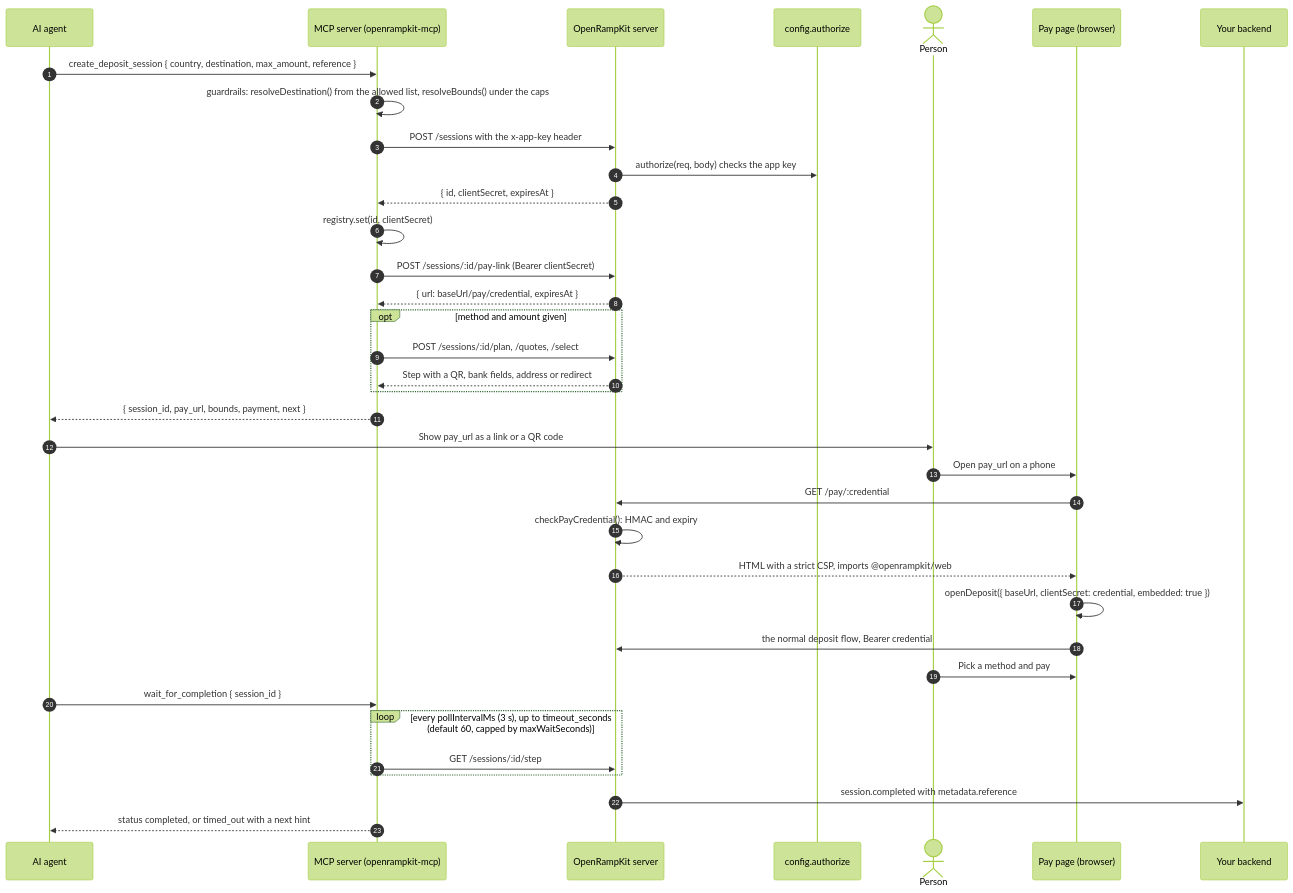
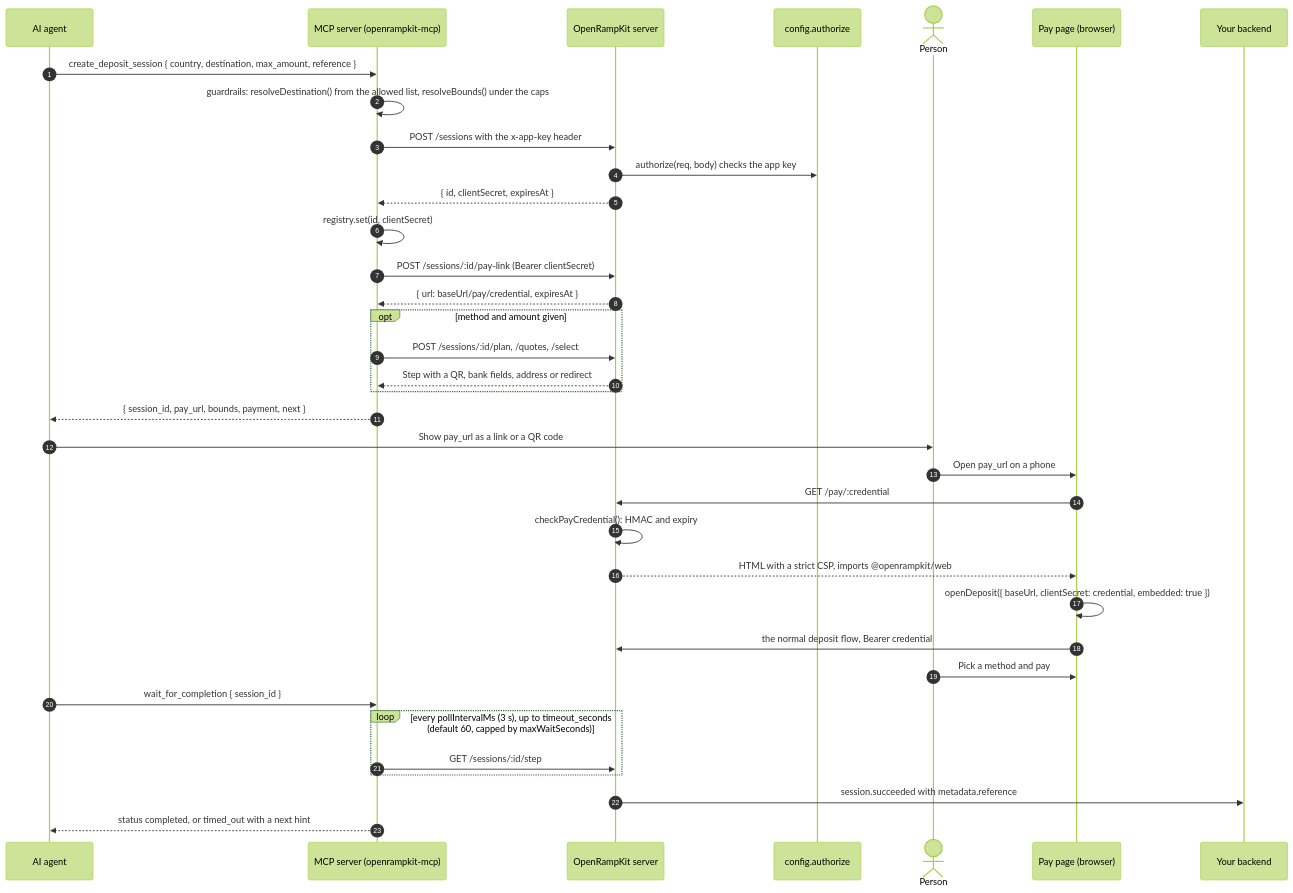
One commit to yosriady/openrampkit changed diagram 12 of 13 in docs/concepts/flows.md. Above: the diagram before and after it, drawn with Mermaid (forest theme). The commit also changed other lines of this file and 119 other files, not shown here.

````diff
--- a/docs/concepts/flows.md
+++ b/docs/concepts/flows.md
@@ -562,38 +562,38 @@
 ```mermaid
 sequenceDiagram
   autonumber
   participant Ag as AI agent
   participant M as MCP server (openrampkit-mcp)
   participant S as OpenRampKit server
   participant H as config.authorize
   actor Per as Person
   participant Pg as Pay page (browser)
   participant App as Your backend
   Ag->>M: create_deposit_session { country, destination, max_amount, reference }
   M->>M: guardrails: resolveDestination() from the allowed list, resolveBounds() under the caps
   M->>S: POST /sessions with the x-app-key header
   S->>H: authorize(req, body) checks the app key
   S-->>M: { id, clientSecret, expiresAt }
   M->>M: registry.set(id, clientSecret)
   M->>S: POST /sessions/:id/pay-link (Bearer clientSecret)
   S-->>M: { url: baseUrl/pay/credential, expiresAt }
   opt method and amount given
     M->>S: POST /sessions/:id/plan, /quotes, /select
     S-->>M: Step with a QR, bank fields, address or redirect
   end
   M-->>Ag: { session_id, pay_url, bounds, payment, next }
   Ag->>Per: Show pay_url as a link or a QR code
   Per->>Pg: Open pay_url on a phone
   Pg->>S: GET /pay/:credential
   S->>S: checkPayCredential(): HMAC and expiry
   S-->>Pg: HTML with a strict CSP, imports @openrampkit/web
   Pg->>Pg: openDeposit({ baseUrl, clientSecret: credential, embedded: true })
   Pg->>S: the normal deposit flow, Bearer credential
   Per->>Pg: Pick a method and pay
   Ag->>M: wait_for_completion { session_id }
   loop every pollIntervalMs (3 s), up to timeout_seconds (default 60, capped by maxWaitSeconds)
     M->>S: GET /sessions/:id/step
   end
-  S->>App: session.completed with metadata.reference
+  S->>App: session.succeeded with metadata.reference
   M-->>Ag: status completed, or timed_out with a next hint
 ```
````
